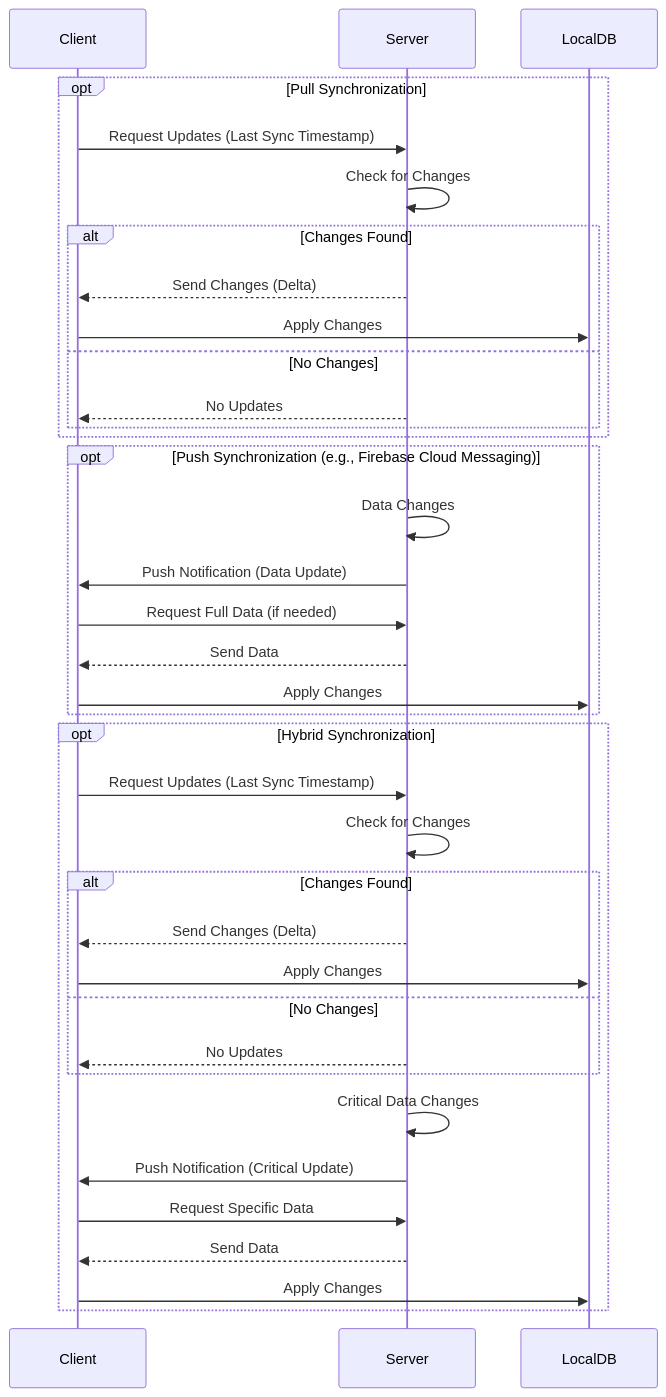
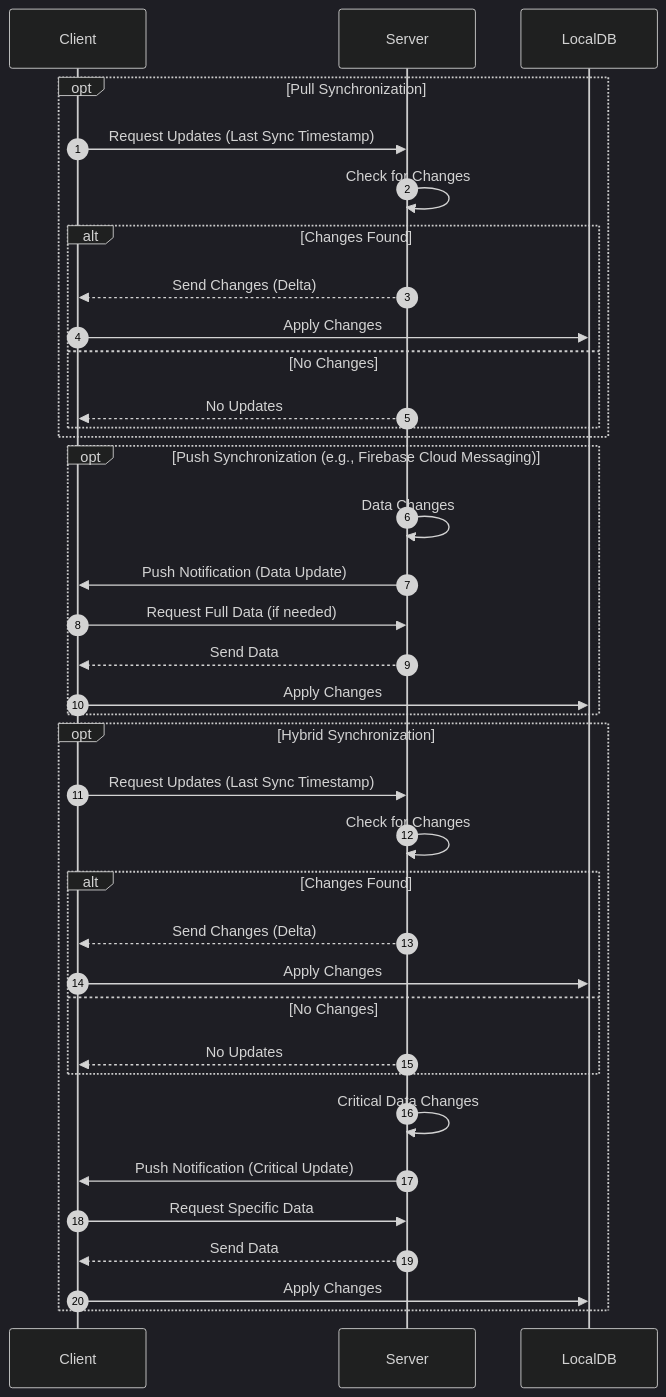
Before and after one commit to CongLeSolutionX/iOS-development-vault: the fifth of 5 diagrams in Offline_Mobile_App_Architecture /Offline_App_Architecture_Evolution.md, drawn with Mermaid. The commit also changed other lines of this file, not shown here.

Commit message:
update theme and styles

````diff
--- a/Offline_Mobile_App_Architecture /Offline_App_Architecture_Evolution.md
+++ b/Offline_Mobile_App_Architecture /Offline_App_Architecture_Evolution.md
@@ -333,41 +333,48 @@
 ```mermaid
+---
+config:
+  layout: elk
+  look: handDrawn
+  theme: dark
+---
 sequenceDiagram
+    autonumber
     participant Client
     participant Server
     participant LocalDB
 
     opt Pull Synchronization
         Client->>Server: Request Updates (Last Sync Timestamp)
         Server->>Server: Check for Changes
         alt Changes Found
             Server-->>Client: Send Changes (Delta)
             Client->>LocalDB: Apply Changes
         else No Changes
             Server-->>Client: No Updates
         end
     end
 
     opt Push Synchronization (e.g., Firebase Cloud Messaging)
         Server->>Server: Data Changes
         Server->>Client: Push Notification (Data Update)
         Client->>Server: Request Full Data (if needed)
          Server-->>Client: Send Data
         Client->>LocalDB: Apply Changes
     end
 
      opt Hybrid Synchronization
         Client->>Server: Request Updates (Last Sync Timestamp)
           Server->>Server: Check for Changes
            alt Changes Found
             Server-->>Client: Send Changes (Delta)
               Client->>LocalDB: Apply Changes
            else No Changes
                Server-->>Client: No Updates
            end
         Server->>Server: Critical Data Changes
         Server->>Client: Push Notification (Critical Update)
         Client->>Server: Request Specific Data
         Server-->>Client: Send Data
         Client->>LocalDB: Apply Changes
     end
 ```
````
